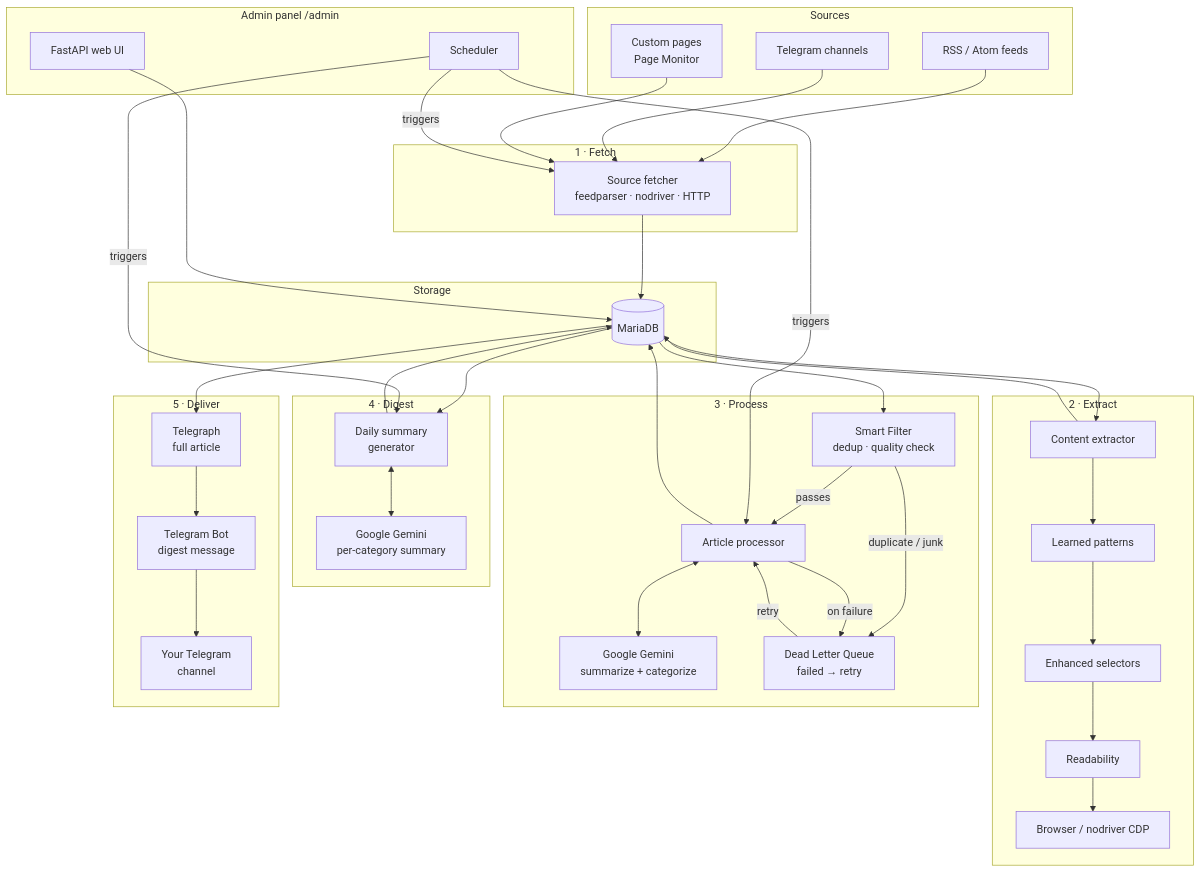
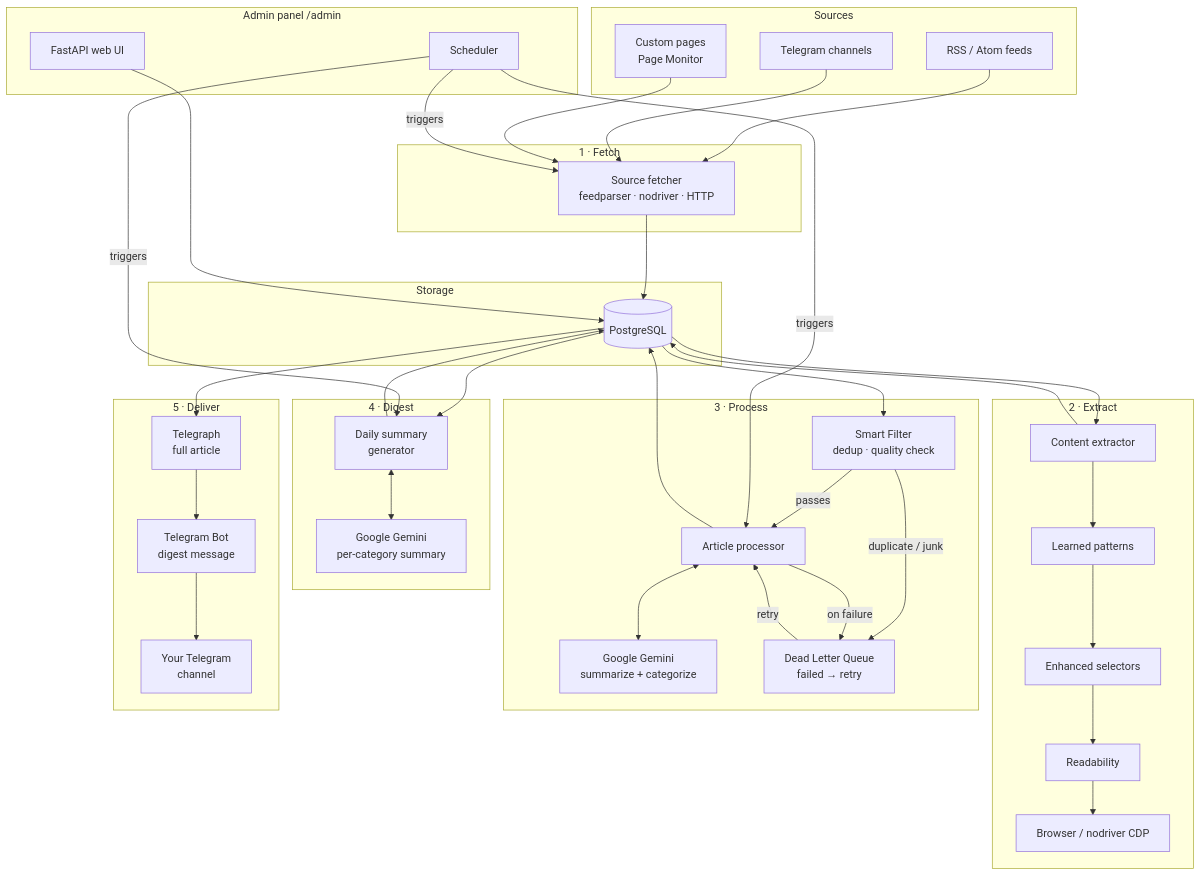
Before and after one commit to dzarlax/RSS-summuriser: the diagram in README.md, drawn with Mermaid.

Commit message:
fix: correct database name in README diagram (MariaDB → PostgreSQL)

````diff
--- a/README.md
+++ b/README.md
@@ -25,73 +25,73 @@
 ```mermaid
 flowchart TD
     subgraph sources["Sources"]
         RSS[RSS / Atom feeds]
         TGS[Telegram channels]
         WEB[Custom pages<br/>Page Monitor]
     end
 
     subgraph fetch["1 · Fetch"]
         Fetcher[Source fetcher<br/>feedparser · nodriver · HTTP]
     end
 
     subgraph extract["2 · Extract"]
         Ext[Content extractor]
         Ext1[Learned patterns]
         Ext2[Enhanced selectors]
         Ext3[Readability]
         Ext4[Browser / nodriver CDP]
         Ext1 --> Ext2 --> Ext3 --> Ext4
     end
 
     subgraph db["Storage"]
-        DB[(MariaDB)]
+        DB[(PostgreSQL)]
     end
 
     subgraph process["3 · Process"]
         Filter[Smart Filter<br/>dedup · quality check]
         Proc[Article processor]
         AI1[Google Gemini<br/>summarize + categorize]
         DLQ[Dead Letter Queue<br/>failed → retry]
     end
 
     subgraph digest["4 · Digest"]
         DGen[Daily summary<br/>generator]
         AI2[Google Gemini<br/>per-category summary]
     end
 
     subgraph delivery["5 · Deliver"]
         Telegraph[Telegraph<br/>full article]
         TGBot[Telegram Bot<br/>digest message]
         Channel[Your Telegram<br/>channel]
     end
 
     subgraph admin["Admin panel  /admin"]
         UI[FastAPI web UI]
         Scheduler[Scheduler]
     end
 
     RSS --> Fetcher
     TGS --> Fetcher
     WEB --> Fetcher
     Fetcher --> DB
     DB --> Ext
     Ext --> Ext1
     Ext --> DB
     DB --> Filter
     Filter -->|passes| Proc
     Filter -->|duplicate / junk| DLQ
     Proc <--> AI1
     Proc --> DB
     Proc -->|on failure| DLQ
     DLQ -->|retry| Proc
     DB --> DGen
     DGen <--> AI2
     DGen --> DB
     DB --> Telegraph
     Telegraph --> TGBot
     TGBot --> Channel
     UI --> DB
     Scheduler -->|triggers| Fetcher
     Scheduler -->|triggers| Proc
     Scheduler -->|triggers| DGen
 ```
````
